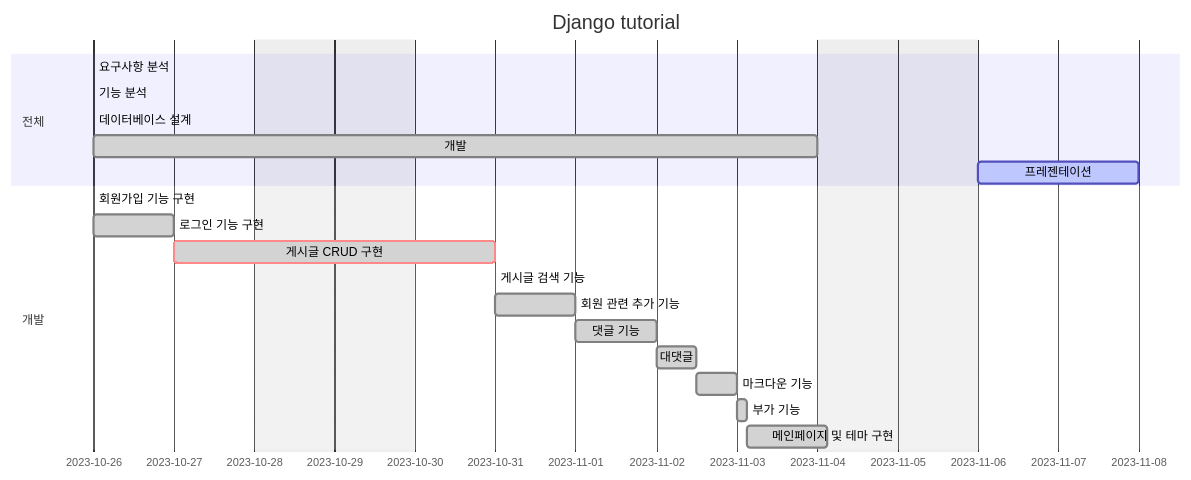
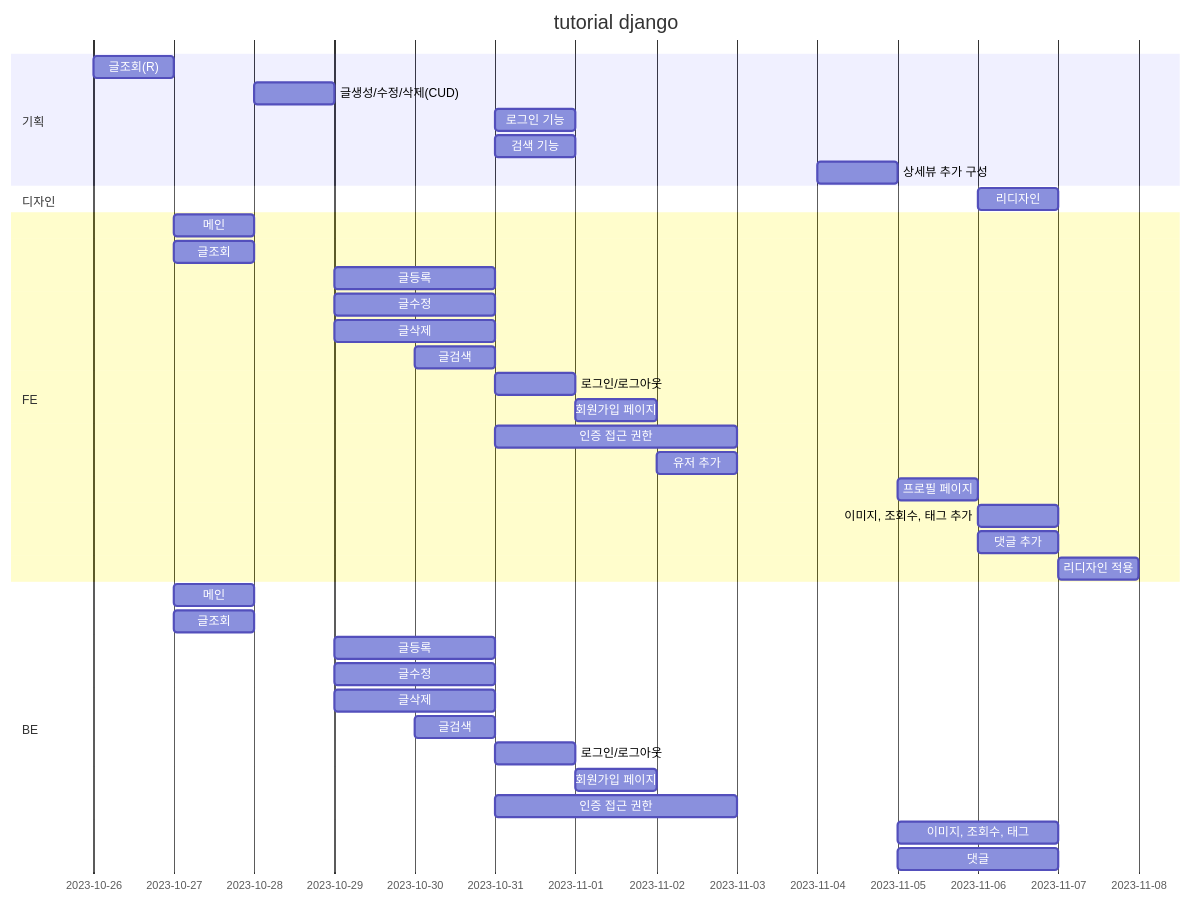
The first of 5 diagrams in README.md (weniv/project_sample_repo), drawn with Mermaid before and after one commit.

````diff
--- a/README.md
+++ b/README.md
@@ -215,26 +215,40 @@
 ```mermaid
 gantt
-    dateFormat  YYYY-MM-DD
-    title       Django tutorial 
-    excludes    weekends
-    %% (`excludes` accepts specific dates in YYYY-MM-DD format, days of the week ("sunday") or "weekends", but not the word "weekdays".)
-
-    section 전체
-    요구사항 분석            :done,    des1, 2023-10-26, 0d
-    기능 분석            :done,    des1, 2023-10-26, 0d
-    데이터베이스 설계         :done,  des2, 2023-10-26, 0d
-    개발                   :done, des3, after des2, 7d
-    프레젠테이션             :active, des4, after des3, 2d
-
-    section  개발
-    회원가입 기능 구현        :done,    dev1, after des2, 0d
-    로그인 기능 구현           :done, 1d
-    게시글 CRUD 구현        :done,crit, 2d
-    게시글 검색 기능            :done,0d
-    회원 관련 추가 기능        :done,1d
-    댓글 기능                :done,1d
-    대댓글                   :done,12h
-    마크다운 기능            :done,12h
-    부가 기능                :done, 3h
-    메인페이지 및 테마 구현     :done,1d
+    title tutorial django
+    dateFormat YY-MM-DD
+    section 기획
+        글조회(R) :2023-10-26, 1d
+        글생성/수정/삭제(CUD) :2023-10-28, 1d
+        로그인 기능 :2023-10-31, 1d
+        검색 기능 :2023-10-31, 1d
+        상세뷰 추가 구성 :2023-11-4, 1d
+    section 디자인
+        리디자인 :2023-11-6, 1d
+    section FE
+        메인    :2023-10-27, 1d
+        글조회    :2023-10-27, 1d
+        글등록    :2023-10-29, 2d
+        글수정    :2023-10-29, 2d
+        글삭제    :2023-10-29, 2d
+        글검색    :2023-10-30, 1d
+        로그인/로그아웃 :2023-10-31, 1d
+        회원가입 페이지 :2023-11-1, 1d
+        인증 접근 권한 :2023-10-31, 3d
+        유저 추가 :2023-11-2, 1d
+        프로필 페이지 :2023-11-5, 1d
+        이미지, 조회수, 태그 추가 :2023-11-6, 1d
+        댓글 추가 :2023-11-6, 1d
+        리디자인 적용 :2023-11-7, 1d
+    section BE
+        메인    :2023-10-27, 1d
+        글조회    :2023-10-27, 1d
+        글등록    :2023-10-29, 2d
+        글수정    :2023-10-29, 2d
+        글삭제    :2023-10-29, 2d
+        글검색    :2023-10-30, 1d
+        로그인/로그아웃 :2023-10-31, 1d
+        회원가입 페이지 :2023-11-1, 1d
+        인증 접근 권한 :2023-10-31, 3d
+        이미지, 조회수, 태그 :2023-11-5, 2d
+        댓글 :2023-11-5, 2d
 ```
````
